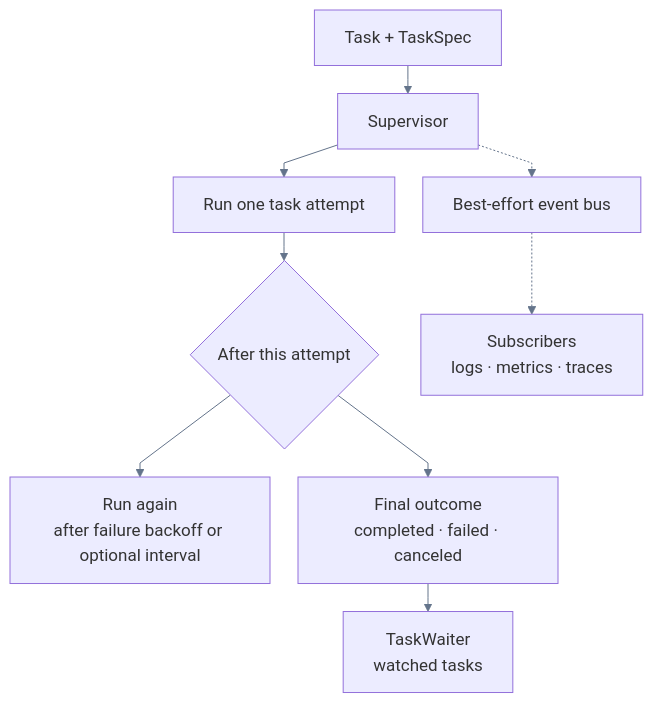
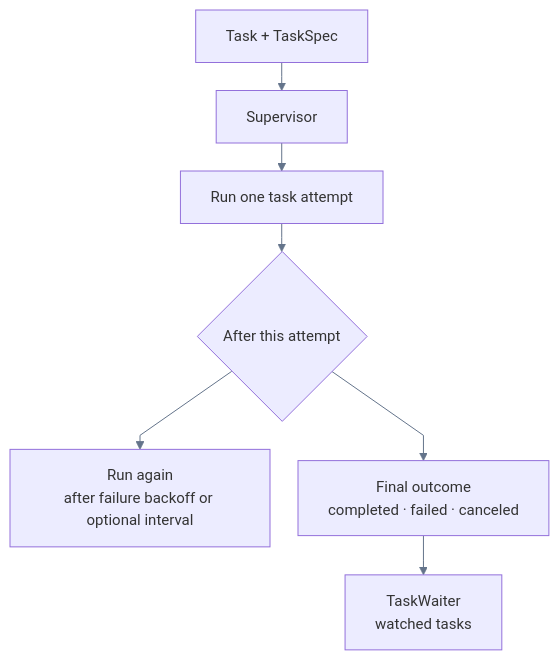
One commit to soltiHQ/.github changed the diagram in assets/schema/taskvisor-process.md. Above: the diagram before and after it, drawn with Mermaid. The commit also changed 1 other file, not shown here.

````diff
--- a/assets/schema/taskvisor-process.md
+++ b/assets/schema/taskvisor-process.md
@@ -1,15 +1,12 @@
 ```mermaid
-%%{init: {"theme": "default", "flowchart": {"curve": "linear", "htmlLabels": true, "nodeSpacing": 28, "rankSpacing": 28}, "themeVariables": {"primaryColor": "#eef2ff", "primaryTextColor": "#111827", "primaryBorderColor": "#7c3aed", "lineColor": "#64748b", "edgeLabelBackground": "#eef2ff", "secondaryColor": "#f8fafc", "tertiaryColor": "#ffffff", "fontFamily": "Arial", "fontSize": "17px"}}}%%
+%%{init: {"theme": "default", "flowchart": {"curve": "linear", "htmlLabels": true, "nodeSpacing": 28, "rankSpacing": 28}, "themeVariables": {"primaryColor": "#eef2ff", "primaryTextColor": "#111827", "primaryBorderColor": "#7c3aed", "lineColor": "#64748b", "edgeLabelBackground": "#eef2ff", "secondaryColor": "#f8fafc", "tertiaryColor": "#ffffff", "fontFamily": "Arial", "fontSize": "15px"}}}%%
 flowchart TB
     input["Task + TaskSpec"] --> supervisor["Supervisor"]
     supervisor --> attempt["Run one task attempt"]
     attempt --> next{"After this attempt"}
 
     next --> retry["Run again<br/>after failure backoff or optional interval"]
 
-    next --> outcome["Final outcome<br/>completed · failed · canceled"]
+    next --> outcome["Final outcome<br/>completed&nbsp;·&nbsp;failed&nbsp;·&nbsp;canceled"]
     outcome --> waiter["TaskWaiter<br/>watched tasks"]
-
-    supervisor -.-> bus["Best-effort event bus"]
-    bus -.-> subscribers["Subscribers<br/>logs · metrics · traces"]
 ```
````
